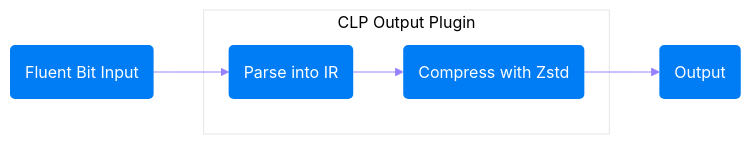
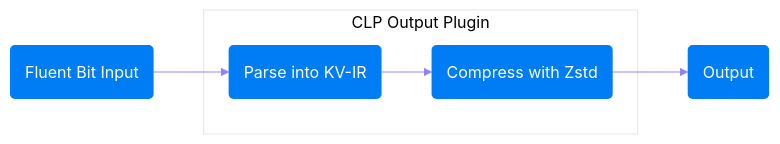
Before and after one commit to y-scope/fluent-bit-clp: the diagram in README.md, drawn with Mermaid. The commit also changed other lines of this file and 6 other files, not shown here.

````diff
--- a/README.md
+++ b/README.md
@@ -9,22 +9,22 @@
 ```mermaid
 %%{init: {
   'theme': 'base',
     'themeVariables': {
       'primaryColor': '#0066cc',
       'primaryTextColor': '#fff',
       'primaryBorderColor': 'transparent',
       'lineColor': '#9580ff',
       'secondaryColor': '#9580ff',
       'tertiaryColor': '#fff'
       }
     }
 }%%
 flowchart LR
     A(Fluent Bit Input) --> B
     subgraph CLP Output Plugin
-    B(Parse into IR) --> C(Compress with Zstd)
+    B(Parse into KV-IR) --> C(Compress with Zstd)
     end
     C --> D(Output)
     classDef format fill:#007DF4,color:white
     class A,B,C,D format
 ```
````
